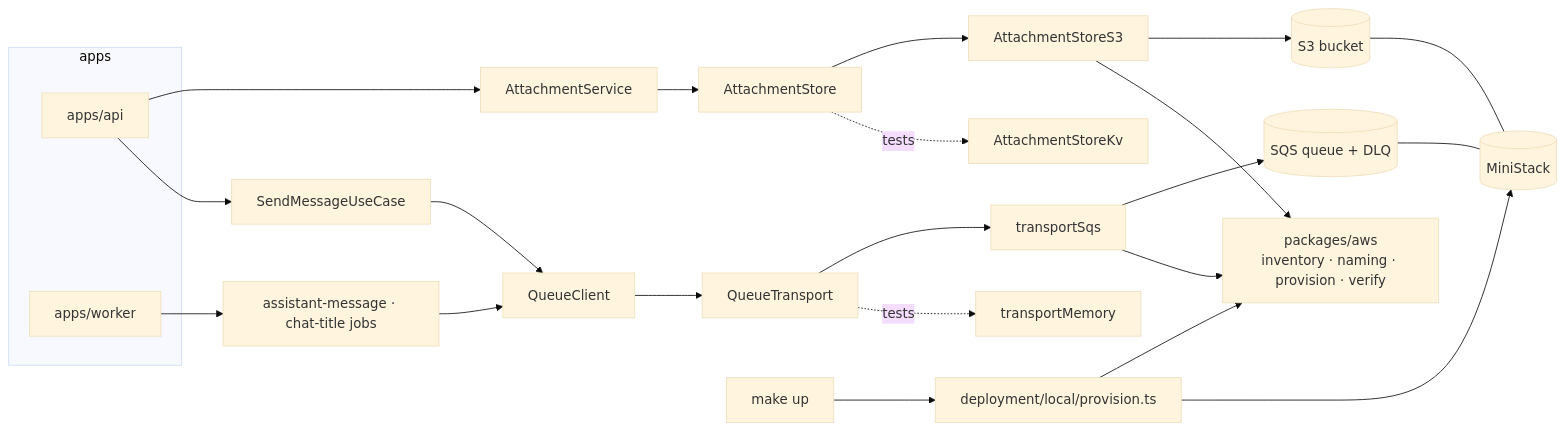
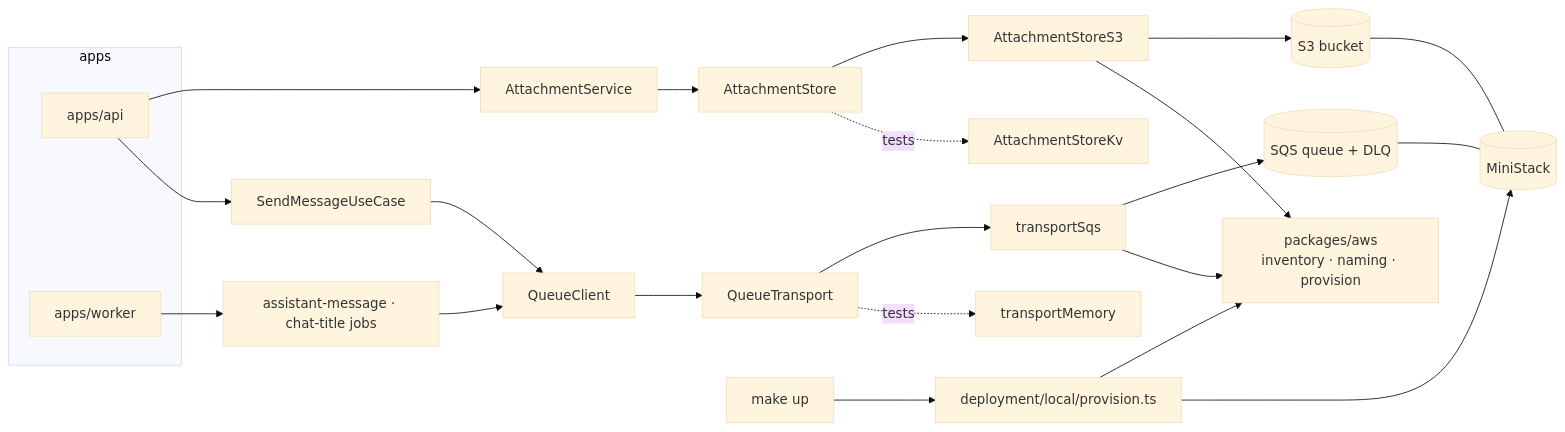
Before and after one commit to khotei/app-template: the diagram in docs/tickets/2026-10-19-1448_aws-local/architecture.md, drawn with Mermaid (base theme). The commit also changed other lines of this file and 3 other files, not shown here.

First line of the commit message:
:fire: chore(aws-local): Drop the startup verify

````diff
--- a/docs/tickets/2026-10-19-1448_aws-local/architecture.md
+++ b/docs/tickets/2026-10-19-1448_aws-local/architecture.md
@@ -18,25 +18,25 @@
 ```mermaid
 graph LR
   subgraph apps
     api["apps/api"]
     worker["apps/worker"]
   end
   api --> AS["AttachmentService"]
   api --> SM["SendMessageUseCase"]
   worker --> jobs["assistant-message · chat-title jobs"]
   AS --> store["AttachmentStore"]
   SM --> QC["QueueClient"]
   jobs --> QC
   store --> S3a["AttachmentStoreS3"] --> S3[("S3 bucket")]
   store -. tests .-> KVa["AttachmentStoreKv"]
   QC --> T["QueueTransport"]
   T --> Ts["transportSqs"] --> SQS[("SQS queue + DLQ")]
   T -. tests .-> Tm["transportMemory"]
-  inv["packages/aws<br/>inventory · naming · provision · verify"]
+  inv["packages/aws<br/>inventory · naming · provision"]
   S3a --> inv
   Ts --> inv
   make["make up"] --> prov["deployment/local/provision.ts"] --> inv
   prov --> MS[("MiniStack")]
   S3 --- MS
   SQS --- MS
 ```
````
